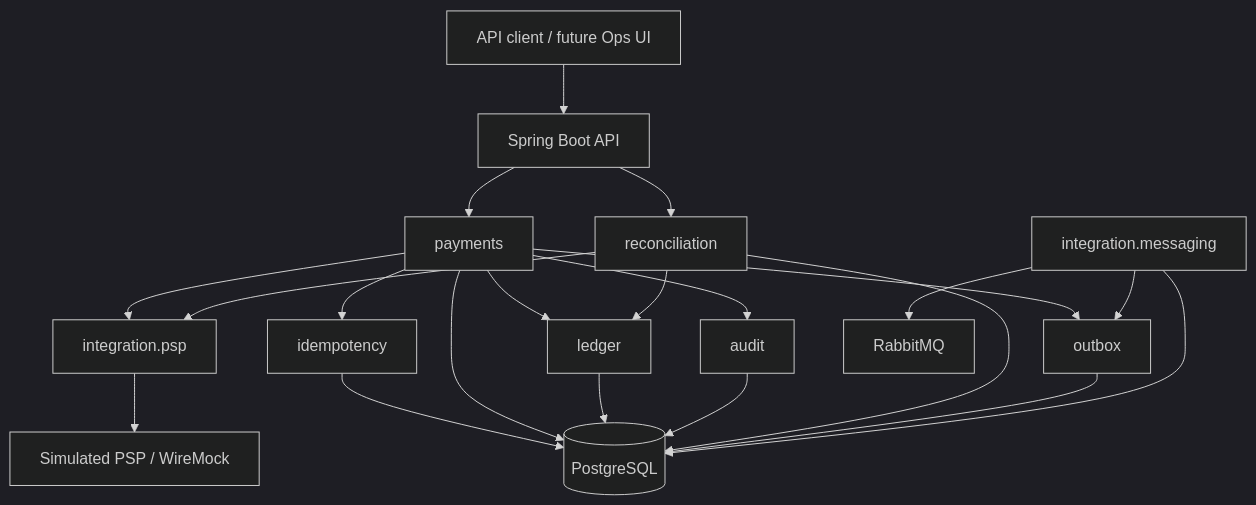
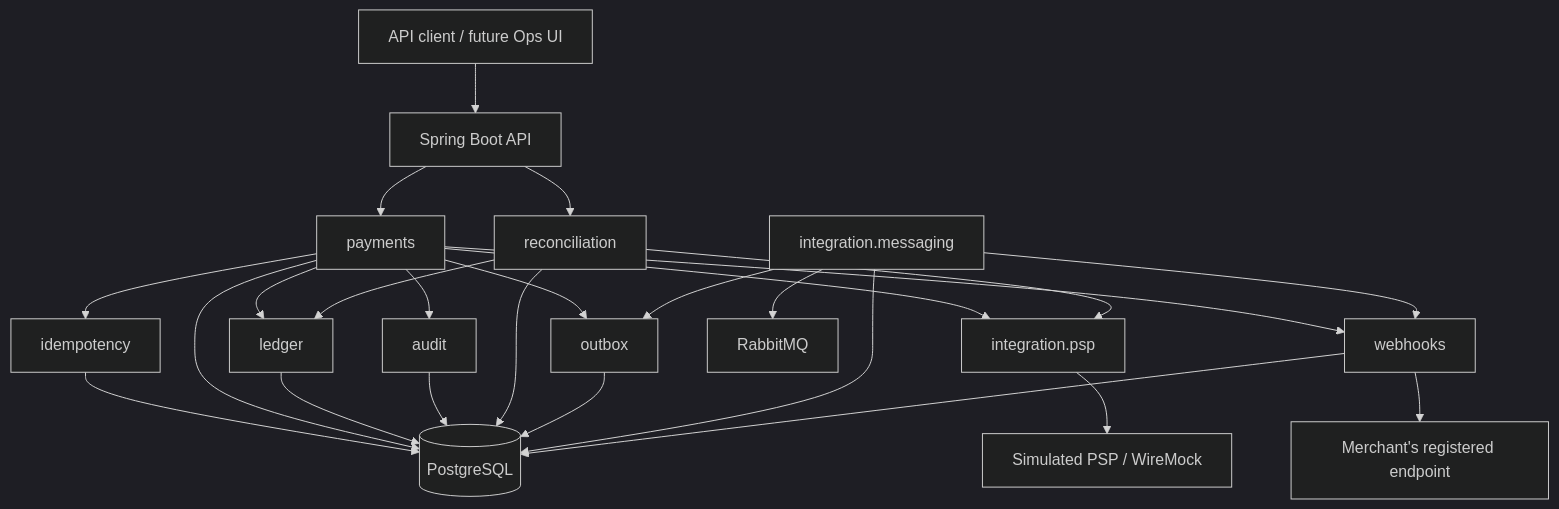
The diagram in README.md (vinicius-ssantos/sentinel-ledger), drawn with Mermaid (dark theme) before and after one commit. The commit also changed other lines of this file and 32 other files, not shown here.

````diff
--- a/README.md
+++ b/README.md
@@ -129,23 +132,27 @@
 ```mermaid
 flowchart TD
     Client["API client / future Ops UI"] --> API["Spring Boot API"]
     API --> Payments["payments"]
     API --> Reconciliation["reconciliation"]
     Payments --> Idempotency["idempotency"]
     Payments --> PSP["integration.psp"]
     Payments --> Ledger["ledger"]
     Payments --> Audit["audit"]
     Payments --> Outbox["outbox"]
+    Payments --> Webhooks["webhooks"]
     Messaging["integration.messaging"] --> Outbox
+    Messaging --> Webhooks
     Reconciliation --> PSP
     Reconciliation --> Ledger
     Idempotency --> DB[("PostgreSQL")]
     Payments --> DB
     Ledger --> DB
     Audit --> DB
     Reconciliation --> DB
     Outbox --> DB
     Messaging --> DB
+    Webhooks --> DB
     PSP --> Fake["Simulated PSP / WireMock"]
     Messaging --> Broker["RabbitMQ"]
+    Webhooks --> Merchant["Merchant's registered endpoint"]
 ```
````
